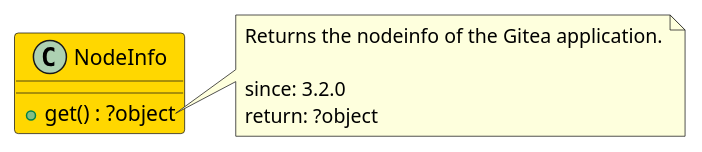
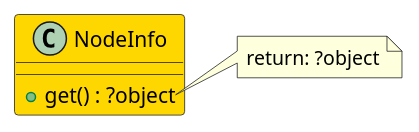
Before and after one commit to joomengine/gitea: the diagram in src/2cc6543d-b8c7-4bb9-8845-bfae2fb7a71f/README.md, drawn with PlantUML. The commit also changed other lines of this file and 370 other files, not shown here.

````diff
--- a/src/2cc6543d-b8c7-4bb9-8845-bfae2fb7a71f/README.md
+++ b/src/2cc6543d-b8c7-4bb9-8845-bfae2fb7a71f/README.md
@@ -6,16 +6,13 @@
 ```uml
 @startuml
 
-class NodeInfo  #Gold {
+class NodeInfo #Gold {
   + get() : ?object
 }
 
 note right of NodeInfo::get
-  Returns the nodeinfo of the Gitea application.
-
-  since: 3.2.0
   return: ?object
 end note
 
 @enduml
 ```
````
